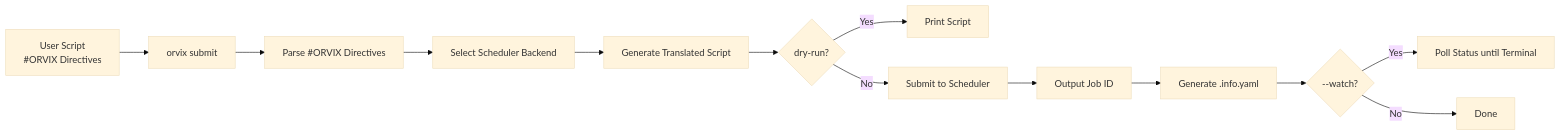
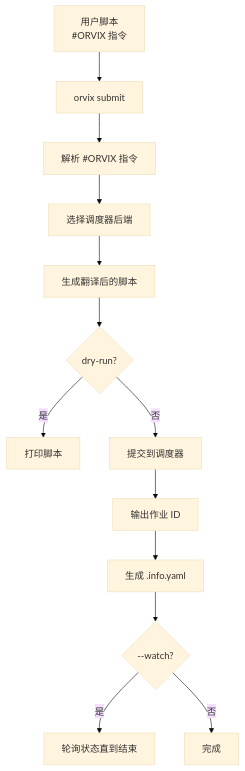
Before and after one commit to cemc-oper/orvix: the diagram in README.md, drawn with Mermaid (base theme). The commit also changed other lines of this file, not shown here.

````diff
--- a/README.md
+++ b/README.md
@@ -79,15 +79,15 @@
 ```mermaid
-flowchart LR
-    A[User Script<br/>#ORVIX Directives] --> B[orvix submit]
-    B --> C[Parse #ORVIX Directives]
-    C --> D[Select Scheduler Backend]
-    D --> E[Generate Translated Script]
+flowchart TD
+    A[用户脚本<br/>#ORVIX 指令] --> B[orvix submit]
+    B --> C[解析 #ORVIX 指令]
+    C --> D[选择调度器后端]
+    D --> E[生成翻译后的脚本]
     E --> F{dry-run?}
-    F -->|Yes| G[Print Script]
-    F -->|No| H[Submit to Scheduler]
-    H --> I[Output Job ID]
-    I --> J[Generate .info.yaml]
+    F -->|是| G[打印脚本]
+    F -->|否| H[提交到调度器]
+    H --> I[输出作业 ID]
+    I --> J[生成 .info.yaml]
     J --> K{--watch?}
-    K -->|Yes| L[Poll Status until Terminal]
-    K -->|No| M[Done]
+    K -->|是| L[轮询状态直到结束]
+    K -->|否| M[完成]
 ```
````
